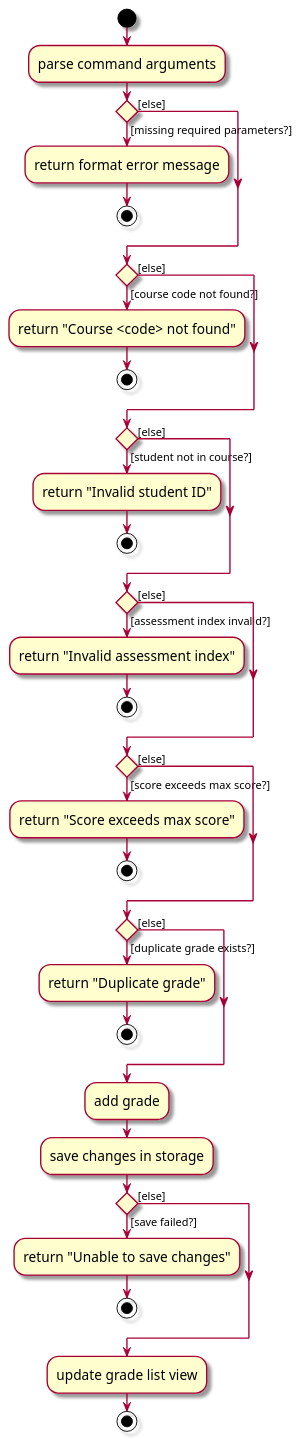
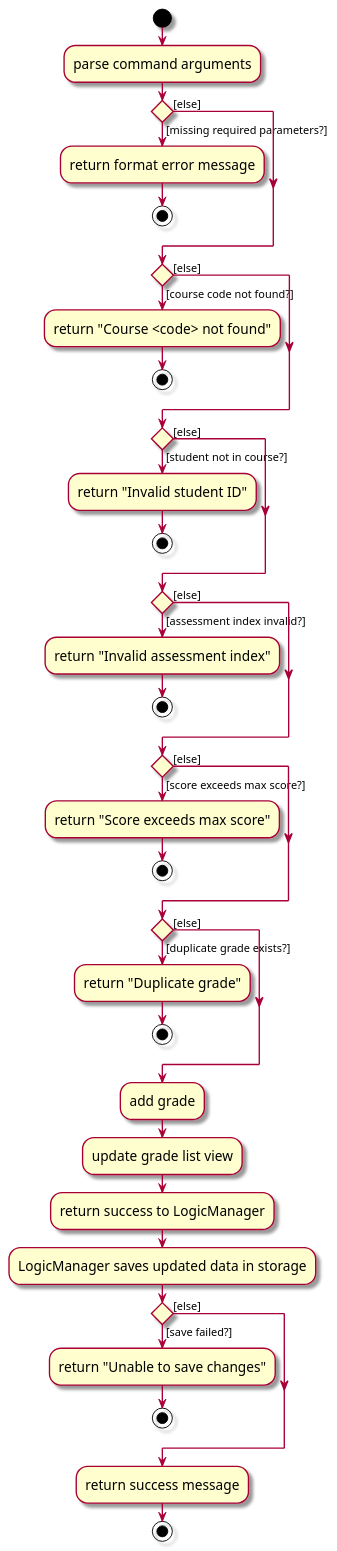
The diagram in docs/diagrams/AddGradeActivityDiagram.puml (NYHBenedict/tp), drawn with PlantUML before and after one commit. The commit also changed 25 other files, not shown here.

```diff
--- a/docs/diagrams/AddGradeActivityDiagram.puml
+++ b/docs/diagrams/AddGradeActivityDiagram.puml
@@ -1,59 +1,63 @@
 @startuml
 skin rose
 skinparam ActivityFontSize 15
 skinparam ArrowFontSize 12
 
 'Since the beta syntax does not support placing the condition outside the
 'diamond we place it as the true branch instead.
 
 start
 :parse command arguments;
 
 if () then ([missing required parameters?])
     :return format error message;
     stop
 else ([else])
 endif
 
 if () then ([course code not found?])
     :return "Course <code> not found";
     stop
 else ([else])
 endif
 
 if () then ([student not in course?])
     :return "Invalid student ID";
     stop
 else ([else])
 endif
 
 if () then ([assessment index invalid?])
     :return "Invalid assessment index";
     stop
 else ([else])
 endif
 
 if () then ([score exceeds max score?])
     :return "Score exceeds max score";
     stop
 else ([else])
 endif
 
 if () then ([duplicate grade exists?])
     :return "Duplicate grade";
     stop
 else ([else])
 endif
 
 :add grade;
-:save changes in storage;
+:update grade list view;
+:return success to LogicManager;
+
+:LogicManager saves updated data in storage;
 
 if () then ([save failed?])
     :return "Unable to save changes";
     stop
 else ([else])
 endif
 
-:update grade list view;
+:return success message;
 stop
+
 @enduml
```
